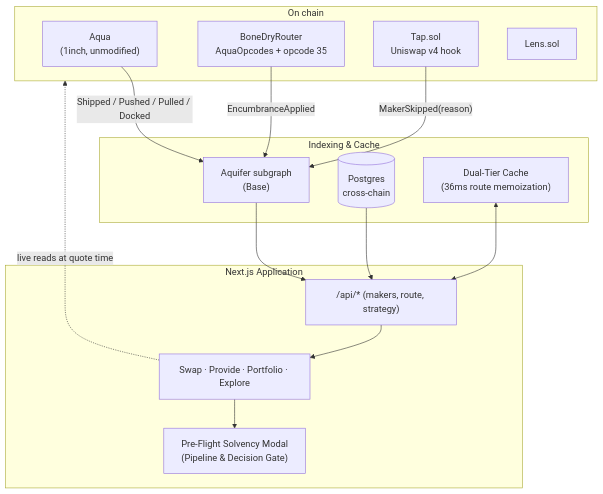
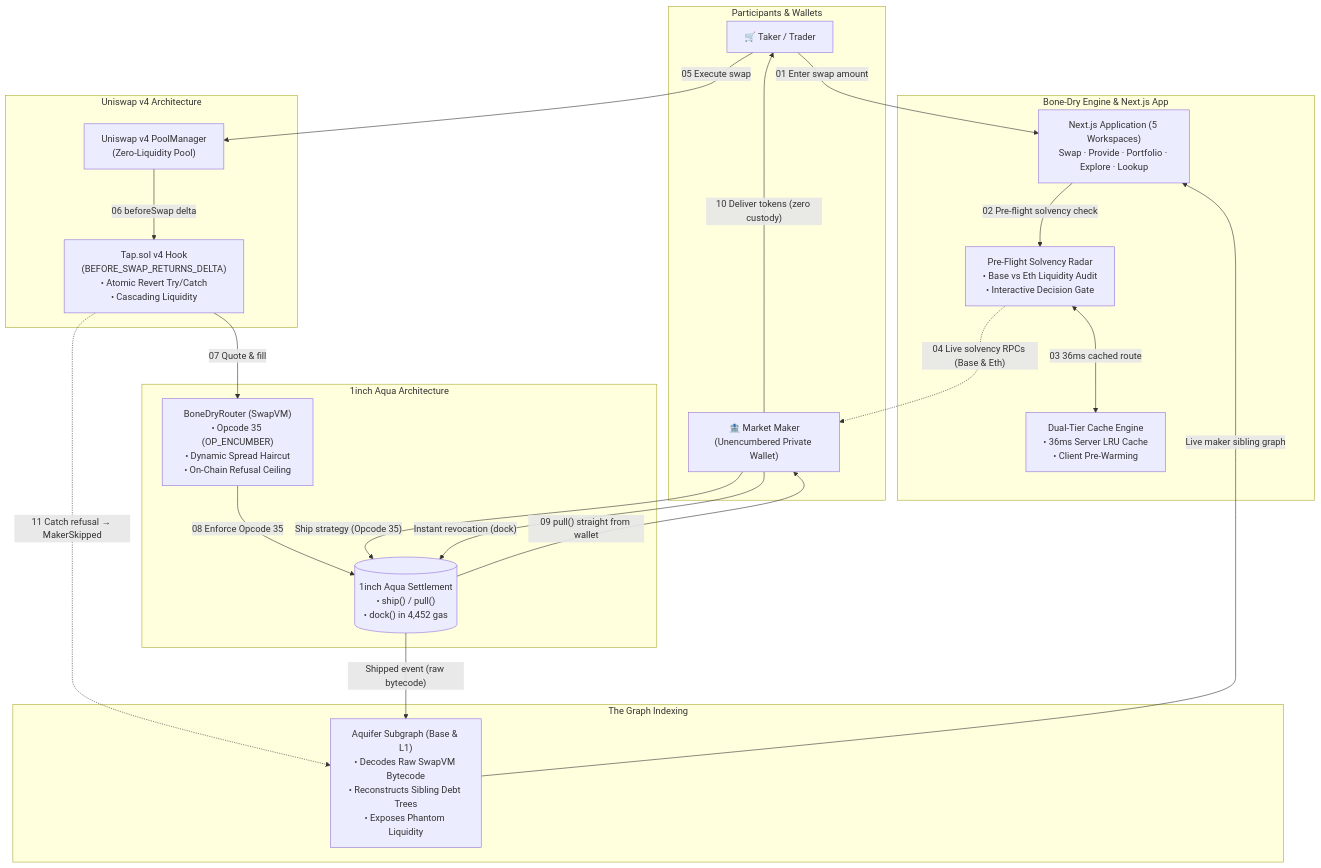
One commit to dhruv457457/Bone-Dry changed the second of 2 diagrams in README.md. Above: the diagram before and after it, drawn with Mermaid.

Commit message:
README: architecture diagram update

````diff
--- a/README.md
+++ b/README.md
@@ -296,28 +296,46 @@
 ```mermaid
 flowchart TB
-  subgraph chain["On chain"]
-    AQ["Aqua<br/>(1inch, unmodified)"]
-    BDR["BoneDryRouter<br/>AquaOpcodes + opcode 35"]
-    TAP["Tap.sol<br/>Uniswap v4 hook"]
-    LENS["Lens.sol"]
+  subgraph users["Participants & Wallets"]
+    T["🛒 Taker / Trader"]
+    M["🏦 Market Maker<br/>(Unencumbered Private Wallet)"]
   end
-  subgraph index["Indexing & Cache"]
-    SG["Aquifer subgraph<br/>(Base)"]
-    PG[("Postgres<br/>cross-chain")]
-    MEM["Dual-Tier Cache<br/>(36ms route memoization)"]
+
+  subgraph u4["Uniswap v4 Architecture"]
+    PM["Uniswap v4 PoolManager<br/>(Zero-Liquidity Pool)"]
+    TAP["Tap.sol v4 Hook<br/>(BEFORE_SWAP_RETURNS_DELTA)<br/>• Atomic Revert Try/Catch<br/>• Cascading Liquidity"]
   end
-  subgraph app["Next.js Application"]
-    API["/api/* (makers, route, strategy)"]
-    UI["Swap · Provide · Portfolio · Explore"]
-    PRE["Pre-Flight Solvency Modal<br/>(Pipeline & Decision Gate)"]
+
+  subgraph oneinch["1inch Aqua Architecture"]
+    BDR["BoneDryRouter (SwapVM)<br/>• Opcode 35 (OP_ENCUMBER)<br/>• Dynamic Spread Haircut<br/>• On-Chain Refusal Ceiling"]
+    AQ[("1inch Aqua Settlement<br/>• ship() / pull()<br/>• dock() in 4,452 gas")]
   end
-  AQ -->|"Shipped / Pushed / Pulled / Docked"| SG
-  BDR -->|"EncumbranceApplied"| SG
-  TAP -->|"MakerSkipped(reason)"| SG
-  SG --> API
-  PG --> API
-  MEM <--> API
-  API --> UI
-  UI --> PRE
-  UI -.->|"live reads at quote time"| chain
+
+  subgraph thegraph["The Graph Indexing"]
+    SG["Aquifer Subgraph (Base & L1)<br/>• Decodes Raw SwapVM Bytecode<br/>• Reconstructs Sibling Debt Trees<br/>• Exposes Phantom Liquidity"]
+  end
+
+  subgraph engine["Bone-Dry Engine & Next.js App"]
+    MEM["Dual-Tier Cache Engine<br/>• 36ms Server LRU Cache<br/>• Client Pre-Warming"]
+    PRE["Pre-Flight Solvency Radar<br/>• Base vs Eth Liquidity Audit<br/>• Interactive Decision Gate"]
+    UI["Next.js Application (5 Workspaces)<br/>Swap · Provide · Portfolio · Explore · Lookup"]
+  end
+
+  %% Taker Flow (Swap)
+  T -->|"01 Enter swap amount"| UI
+  UI -->|"02 Pre-flight solvency check"| PRE
+  PRE <-->|"03 36ms cached route"| MEM
+  PRE -.->|"04 Live solvency RPCs (Base & Eth)"| M
+  T -->|"05 Execute swap"| PM
+  PM -->|"06 beforeSwap delta"| TAP
+  TAP -->|"07 Quote & fill"| BDR
+  BDR -->|"08 Enforce Opcode 35"| AQ
+  AQ -->|"09 pull() straight from wallet"| M
+  M -->|"10 Deliver tokens (zero custody)"| T
+  TAP -.->|"11 Catch refusal → MakerSkipped"| SG
+
+  %% Maker Flow (Provide & Manage)
+  M -->|"Ship strategy (Opcode 35)"| AQ
+  M -->|"Instant revocation (dock)"| AQ
+  AQ -->|"Shipped event (raw bytecode)"| SG
+  SG -->|"Live maker sibling graph"| UI
 ```
````
